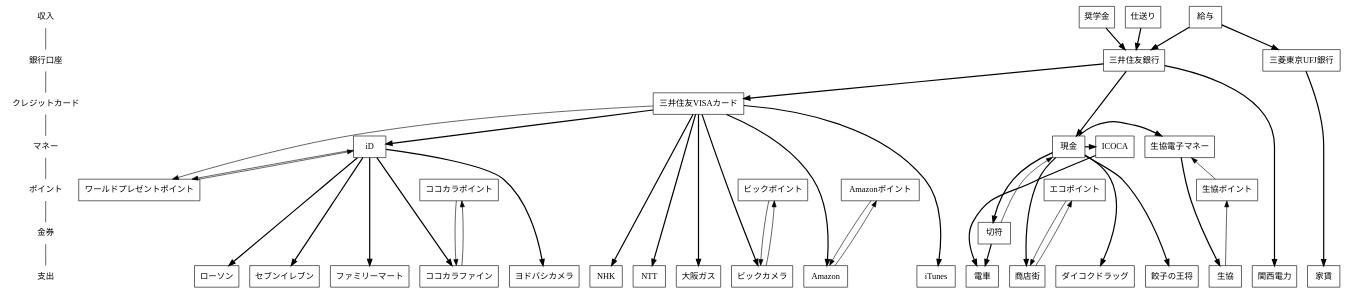
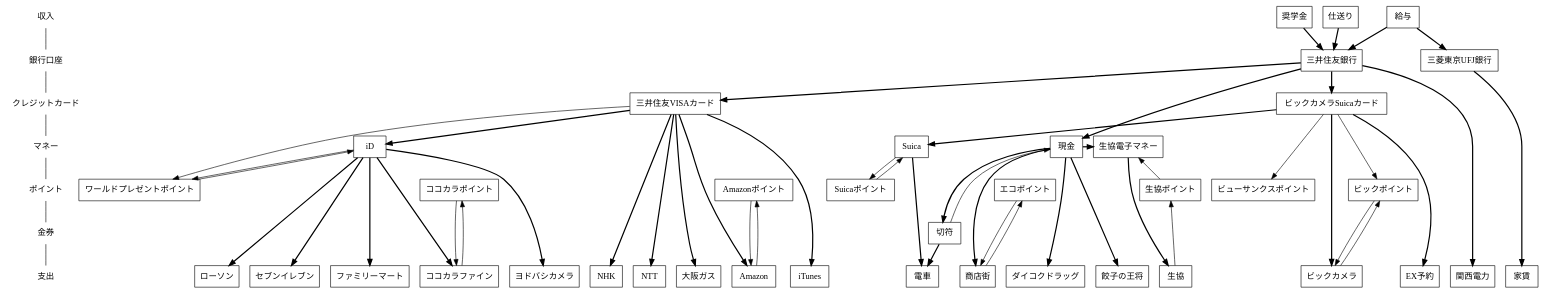
Before and after one commit to saireya/moneyflow: the diagram in flow.dot, drawn with Graphviz.

Commit message:
2014/04: Added Suica and View and removed ICOCA

```diff
--- a/flow.dot
+++ b/flow.dot
@@ -1,119 +1,130 @@
 // dot -Tsvg flow.dot -o flow.svg
 digraph "MoneyFlow"
 {
 	node [ shape = box ];
 
 	"収入", "銀行口座", "クレジットカード", "マネー", "ポイント", "金券", "支出" [shape = none];
 	"収入" -> "銀行口座" -> "クレジットカード" -> "マネー" -> "ポイント" -> "金券" -> "支出" [arrowhead = none];
 	{
 		rank = same; "収入";
 		給与;
 		奨学金;
 		仕送り;
 	}
 
 	{
 		rank = same; "銀行口座";
 		三井住友銀行;
 		三菱東京UFJ銀行;
 	}
 
 	{
 		rank = same; "クレジットカード";
 		三井住友VISAカード;
+		ビックカメラSuicaカード
 	}
 
 	{
 		rank = same; "マネー";
-		ICOCA;
+		Suica;
 		生協電子マネー;
 		現金;
 		iD;
 	}
 
 	{
 		rank = same; "ポイント";
 		// クレジットカード関係
 		ワールドプレゼントポイント;
+		ビューサンクスポイント;
 		// 独自ポイント
 		エコポイント;
 		生協ポイント;
 		ココカラポイント;
+		Suicaポイント;
 		ビックポイント;
 		Amazonポイント;
 	}
 
 	{
 		rank = same; "金券";
 		切符;
 	}
 
 	{
 		rank = same; "支出";
 		家賃;
 		// コンビニ
 		ローソン;
 		セブンイレブン;
 		ファミリーマート;
 		// 交通
 		電車;
 		// インフラ
 		NHK;
 		NTT;
 		関西電力;
 		大阪ガス;
 		// 店舗
 		商店街;
 		生協;
 		ココカラファイン;
 		ダイコクドラッグ;
 		ビックカメラ;
 		ヨドバシカメラ;
 		餃子の王将;
 		// ネット
 		Amazon;
 		iTunes;
+		EX予約;
 	}
 
 	// SMBC
 	給与 -> 三井住友銀行 [style="bold", weight=100];
 	奨学金 -> 三井住友銀行 [style="bold", weight=100];
 	仕送り -> 三井住友銀行 [style="bold", weight=100];
 	三井住友銀行 -> 現金, 関西電力 [style="bold", weight=100];
 
 	// SMBC-Visa
 	三井住友銀行 -> 三井住友VISAカード [style="bold", weight=100];
 	三井住友VISAカード -> 大阪ガス, NHK, NTT [style="bold", weight=100];
 	三井住友VISAカード -> iTunes [style="bold", weight=100];
 	三井住友VISAカード -> Amazon [style="bold", weight=100];
 	三井住友VISAカード -> ワールドプレゼントポイント;
 	Amazon -> Amazonポイント -> Amazon;
-	三井住友VISAカード -> ビックカメラ [style="bold", weight=100];
-	ビックカメラ -> ビックポイント -> ビックカメラ;
 	// iD
 	三井住友VISAカード -> iD [style="bold", weight=100];
 	iD -> ローソン [style="bold", weight=100];
 	iD -> セブンイレブン [style="bold", weight=100];
 	iD -> ファミリーマート [style="bold", weight=100];
 	iD -> ココカラファイン [style="bold", weight=100];
 	ココカラファイン -> ココカラポイント -> ココカラファイン;
 	iD -> ヨドバシカメラ [style="bold", weight=100];
 	iD -> ワールドプレゼントポイント -> iD;
+
+	// ビックカメラSuicaカード
+	三井住友銀行 -> ビックカメラSuicaカード [style="bold", weight=100];
+	ビックカメラSuicaカード -> ビューサンクスポイント;
+	ビックカメラSuicaカード -> ビックカメラ [style="bold", weight=100];
+	ビックカメラ -> ビックポイント;
+	ビックカメラSuicaカード -> ビックポイント -> ビックカメラ;
+	ビックカメラSuicaカード -> Suica -> 電車 [style="bold", weight=100];
+	ビックカメラSuicaカード -> EX予約 [style="bold", weight=100];
+	Suica -> Suicaポイント -> Suica;
 
 	// UFJ
 	給与 -> 三菱東京UFJ銀行 [style="bold", weight=100];
 	三菱東京UFJ銀行 -> 家賃 [style="bold", weight=100];
 
 	// 現金
 	現金 -> 商店街 [style="bold", weight=100];
 	商店街 -> エコポイント -> 商店街;
 	現金 -> 生協電子マネー [style="bold", weight=100];
 	生協電子マネー -> 生協 [style="bold", weight=100];
 	生協 -> 生協ポイント -> 生協電子マネー;
 	現金 -> ダイコクドラッグ [style="bold", weight=100];
 	現金 -> 餃子の王将 [style="bold", weight=100];
 
-	現金 -> ICOCA -> 電車 [style="bold", weight=100];
 	現金 -> 切符 -> 電車 [style="bold", weight=100];
 	切符 -> 現金;
 } 
```
